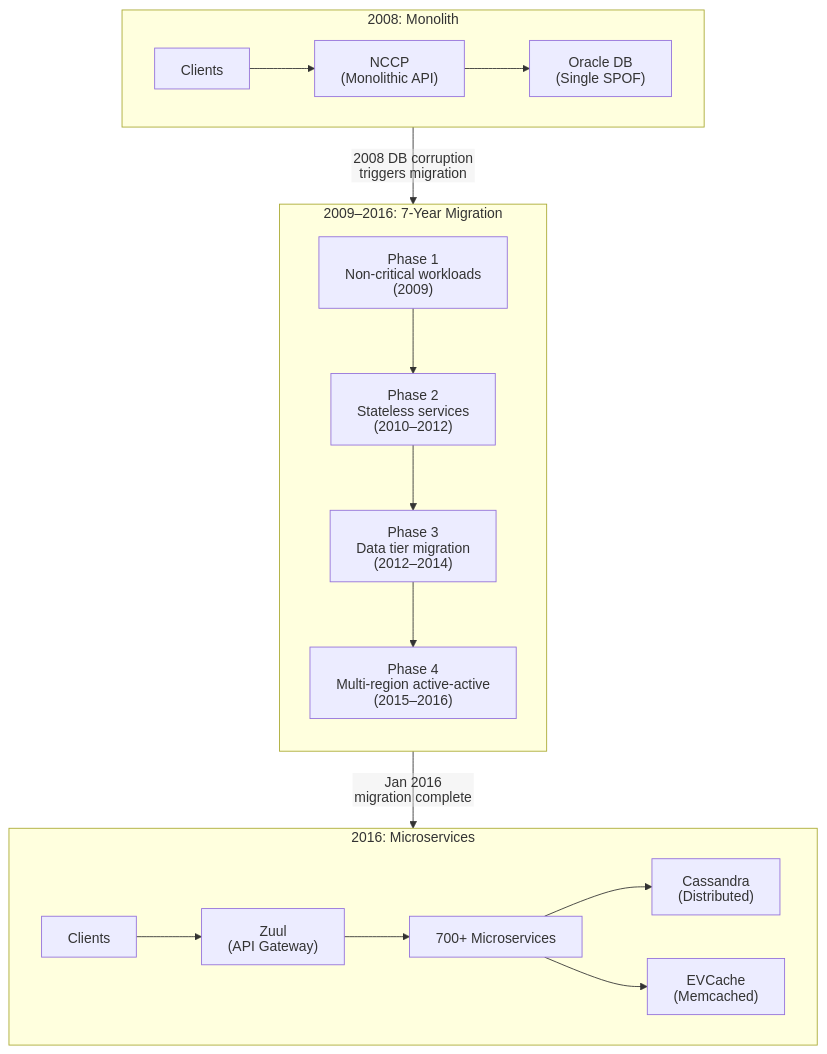
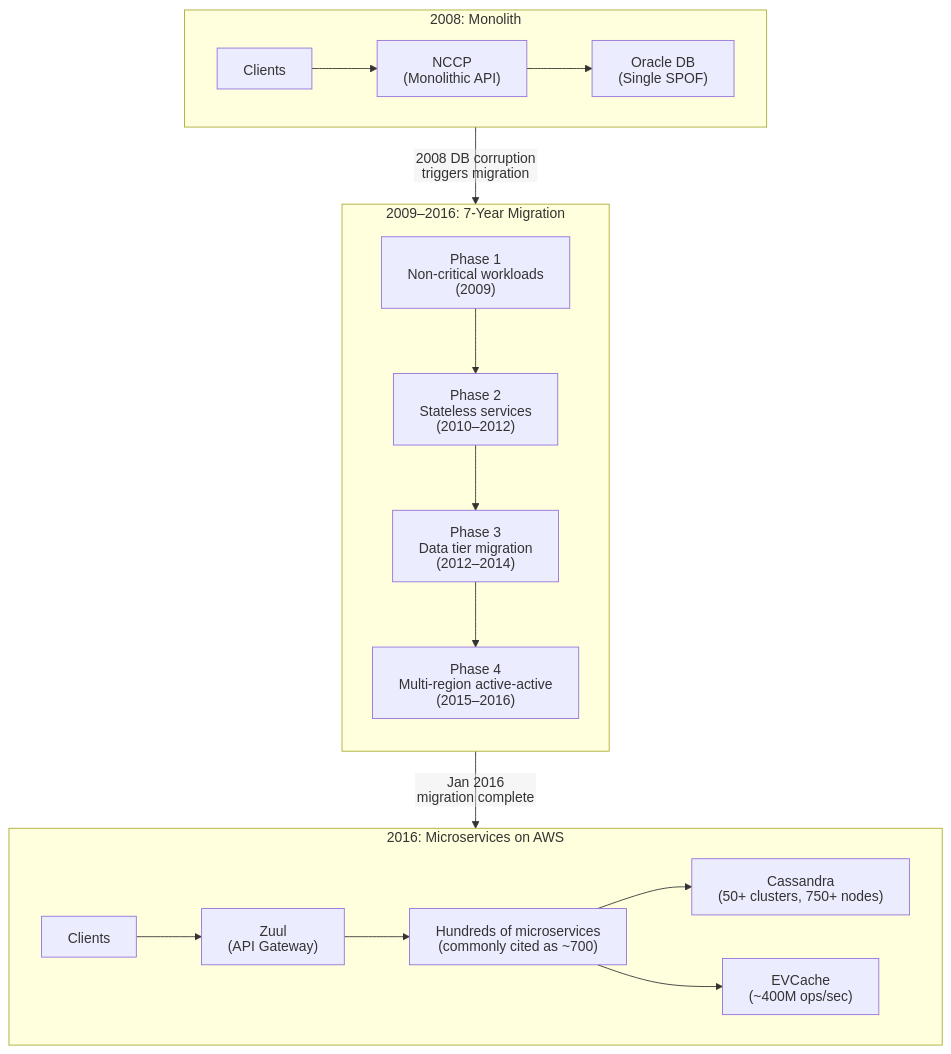
Before and after one commit to sujeet-pro/sujeet.pro: the diagram in content/articles/netflix-microservices-evolution/diagrams/netflix-s-7-year-journey-from-a-monolithic-java-oracle-stack-to-700-microservice.mermaid, drawn with Mermaid. The commit also changed 4067 other files, not shown here.

```diff
--- a/content/articles/netflix-microservices-evolution/diagrams/netflix-s-7-year-journey-from-a-monolithic-java-oracle-stack-to-700-microservice.mermaid
+++ b/content/articles/netflix-microservices-evolution/diagrams/netflix-s-7-year-journey-from-a-monolithic-java-oracle-stack-to-700-microservice.mermaid
@@ -1,27 +1,27 @@
 %% Diagram: Netflix S 7 Year Journey From A Monolithic Java Oracle Stack To 700 Microservice
 %% Type: flowchart
 %%{init: {'htmlLabels': false}}%%
 flowchart TB
     subgraph Before["2008: Monolith"]
         Client1["Clients"] --> NCCP["NCCP\n(Monolithic API)"]
         NCCP --> Oracle["Oracle DB\n(Single SPOF)"]
     end
 
     subgraph Migration["2009–2016: 7-Year Migration"]
         direction TB
         P1["Phase 1\nNon-critical workloads\n(2009)"]
         P2["Phase 2\nStateless services\n(2010–2012)"]
         P3["Phase 3\nData tier migration\n(2012–2014)"]
         P4["Phase 4\nMulti-region active-active\n(2015–2016)"]
         P1 --> P2 --> P3 --> P4
     end
 
-    subgraph After["2016: Microservices"]
+    subgraph After["2016: Microservices on AWS"]
         Client2["Clients"] --> Zuul["Zuul\n(API Gateway)"]
-        Zuul --> MS1["700+ Microservices"]
-        MS1 --> Cass["Cassandra\n(Distributed)"]
-        MS1 --> EVC["EVCache\n(Memcached)"]
+        Zuul --> MS1["Hundreds of microservices\n(commonly cited as ~700)"]
+        MS1 --> Cass["Cassandra\n(50+ clusters, 750+ nodes)"]
+        MS1 --> EVC["EVCache\n(~400M ops/sec)"]
     end
 
     Before -->|"2008 DB corruption\ntriggers migration"| Migration
     Migration -->|"Jan 2016\nmigration complete"| After
```
